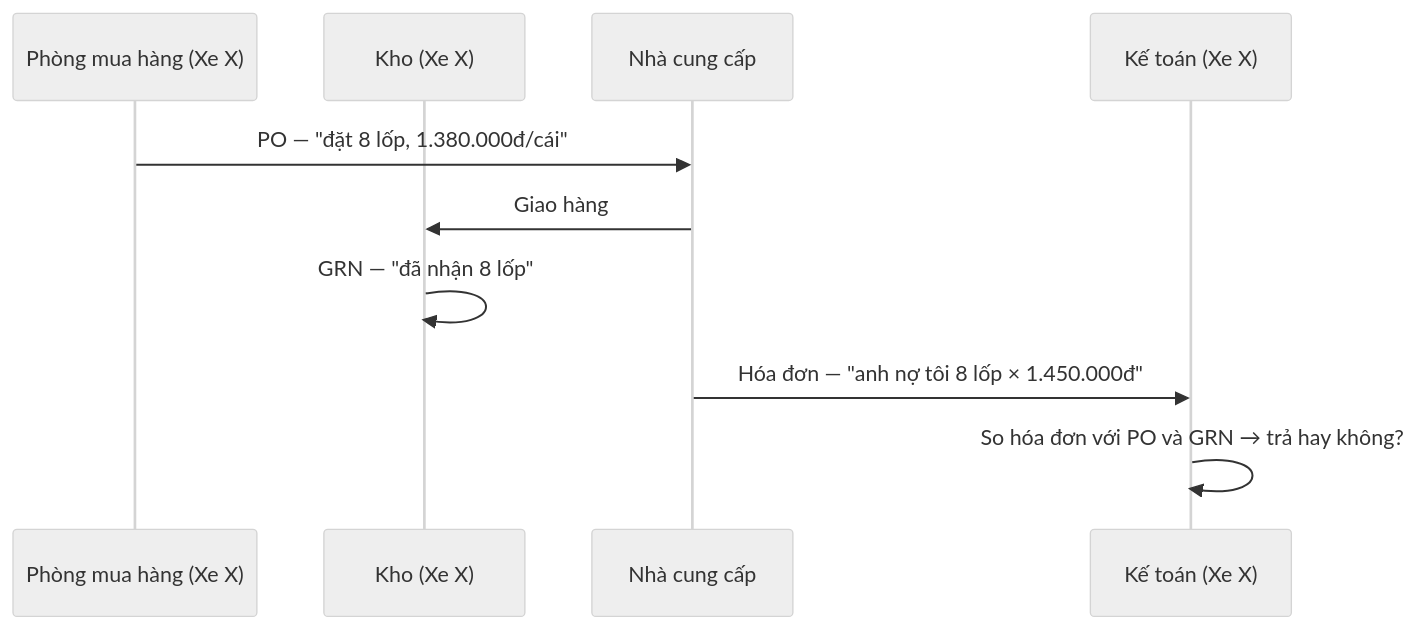
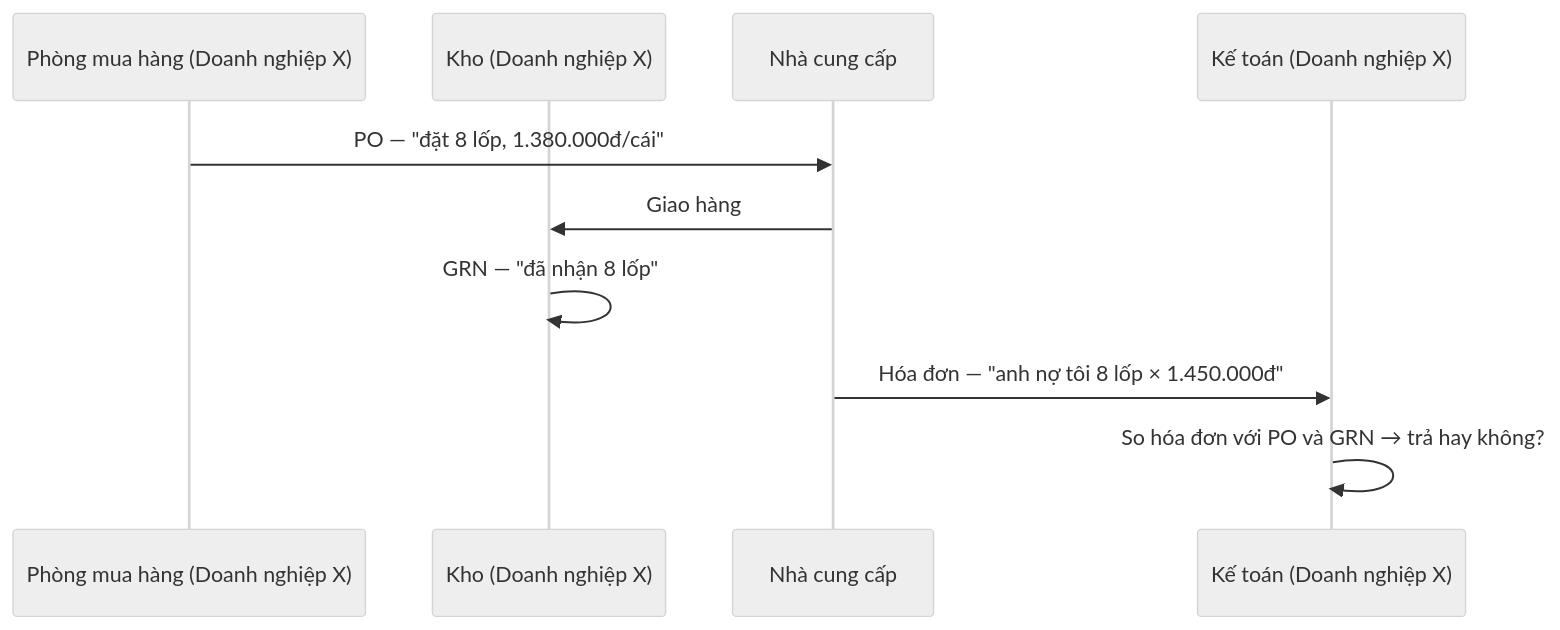
The diagram in docs/USER_STORIES.md (kamitoznguyen-collab/Fantastic4-BuildPhase), drawn with Mermaid (neutral theme) before and after one commit. The commit also changed other lines of this file and 9 other files, not shown here.

Commit message:
docs: call the pilot company Doanh nghiệp X

````diff
--- a/docs/USER_STORIES.md
+++ b/docs/USER_STORIES.md
@@ -17,13 +17,13 @@
 ```mermaid
 sequenceDiagram
-    participant MH as Phòng mua hàng (Xe X)
-    participant K as Kho (Xe X)
+    participant MH as Phòng mua hàng (Doanh nghiệp X)
+    participant K as Kho (Doanh nghiệp X)
     participant NCC as Nhà cung cấp
-    participant KT as Kế toán (Xe X)
+    participant KT as Kế toán (Doanh nghiệp X)
 
     MH->>NCC: PO — "đặt 8 lốp, 1.380.000đ/cái"
     NCC->>K: Giao hàng
     K->>K: GRN — "đã nhận 8 lốp"
     NCC->>KT: Hóa đơn — "anh nợ tôi 8 lốp × 1.450.000đ"
     KT->>KT: So hóa đơn với PO và GRN → trả hay không?
 ```
````
